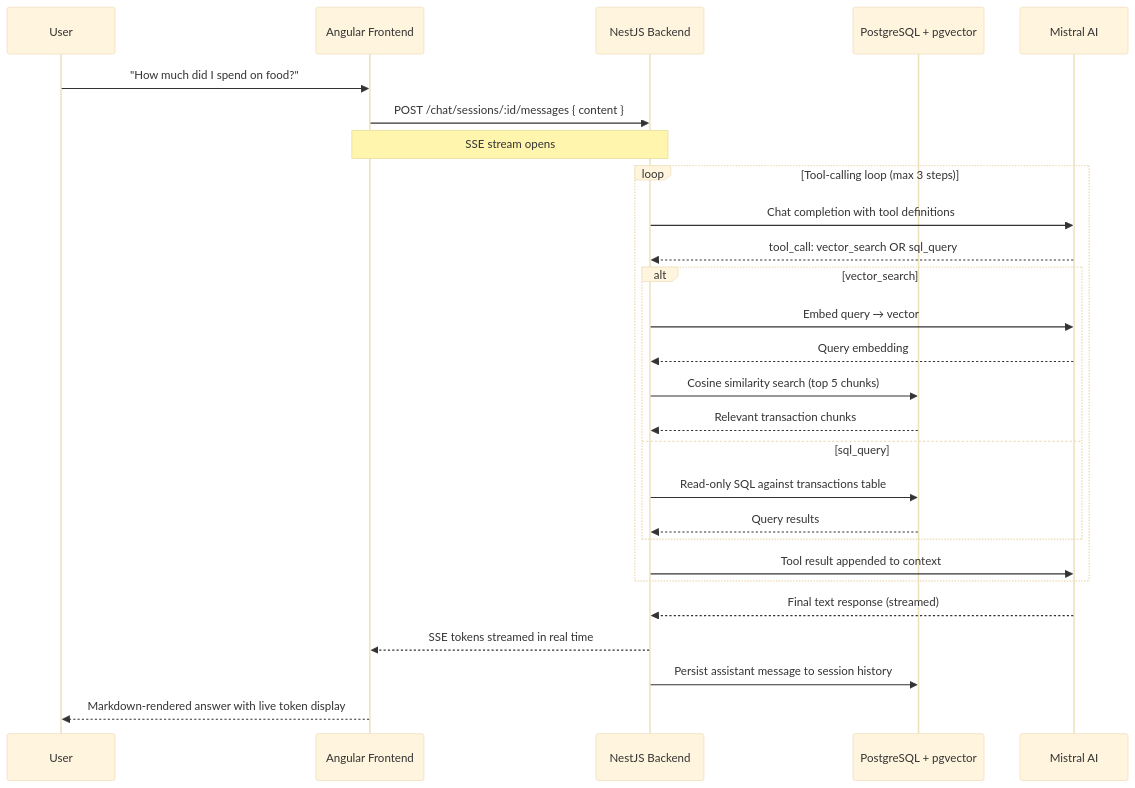
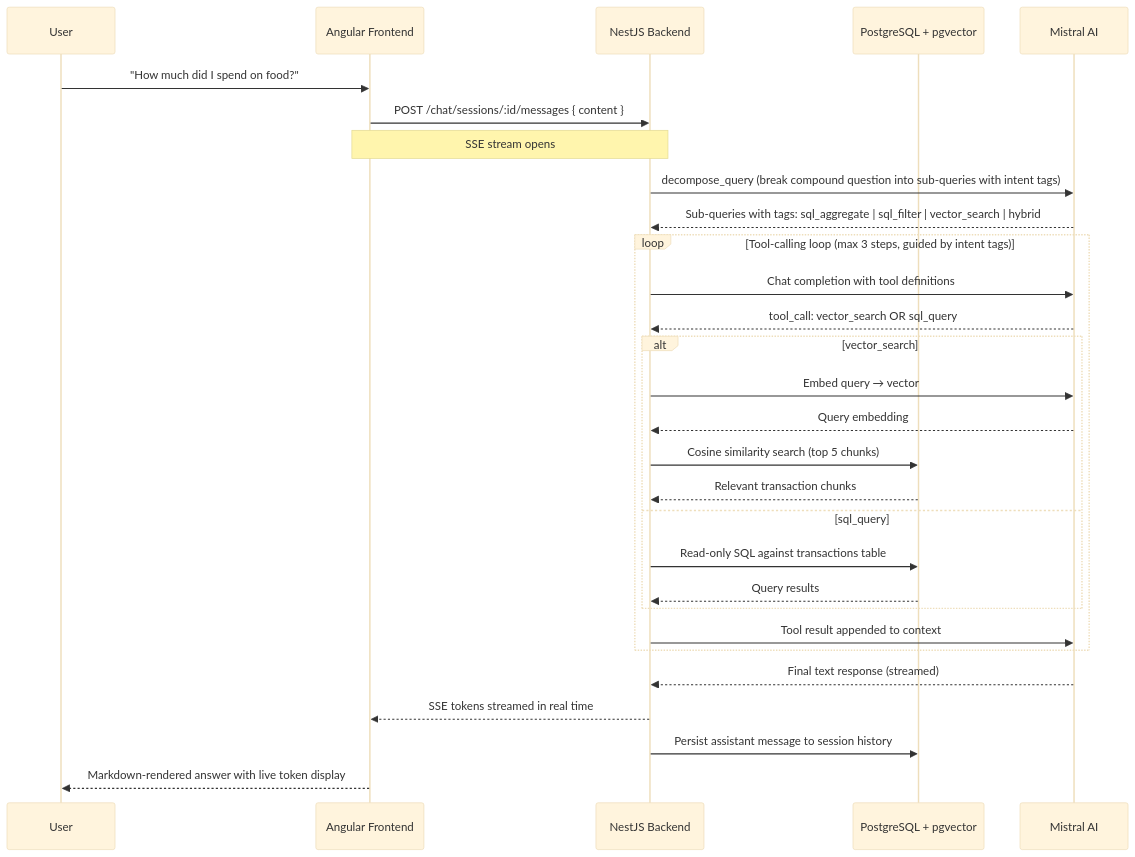
One commit to darth-dodo/ledger changed the second of 4 diagrams in docs/product.md. Above: the diagram before and after it, drawn with Mermaid (base theme). The commit also changed other lines of this file, not shown here.

Commit message:
docs: update product.md to mention adaptive query decomposition

````diff
--- a/docs/product.md
+++ b/docs/product.md
@@ -85,34 +85,37 @@
 ```mermaid
 sequenceDiagram
     participant U as User
     participant FE as Angular Frontend
     participant BE as NestJS Backend
     participant PG as PostgreSQL + pgvector
     participant AI as Mistral AI
 
     U->>FE: "How much did I spend on food?"
     FE->>BE: POST /chat/sessions/:id/messages { content }
     Note over FE,BE: SSE stream opens
 
-    loop Tool-calling loop (max 3 steps)
+    BE->>AI: decompose_query (break compound question into sub-queries with intent tags)
+    AI-->>BE: Sub-queries with tags: sql_aggregate | sql_filter | vector_search | hybrid
+
+    loop Tool-calling loop (max 3 steps, guided by intent tags)
         BE->>AI: Chat completion with tool definitions
         AI-->>BE: tool_call: vector_search OR sql_query
 
         alt vector_search
             BE->>AI: Embed query → vector
             AI-->>BE: Query embedding
             BE->>PG: Cosine similarity search (top 5 chunks)
             PG-->>BE: Relevant transaction chunks
         else sql_query
             BE->>PG: Read-only SQL against transactions table
             PG-->>BE: Query results
         end
 
         BE->>AI: Tool result appended to context
     end
 
     AI-->>BE: Final text response (streamed)
     BE-->>FE: SSE tokens streamed in real time
     BE->>PG: Persist assistant message to session history
     FE-->>U: Markdown-rendered answer with live token display
 ```
````
